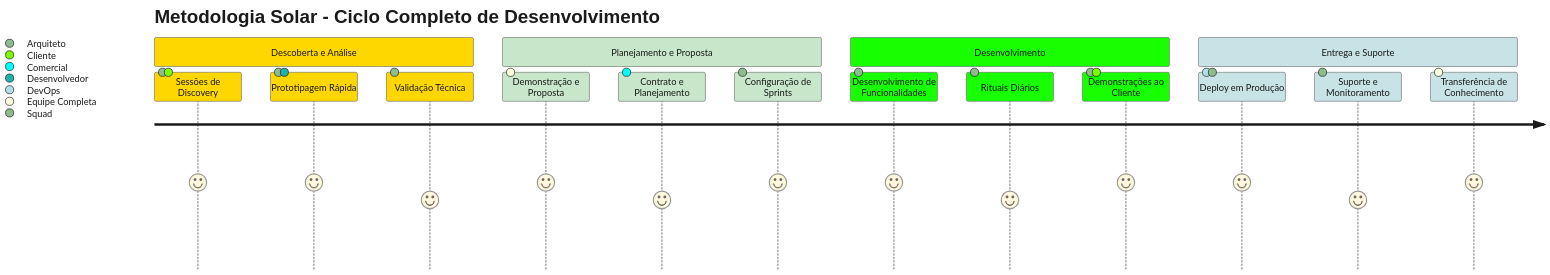
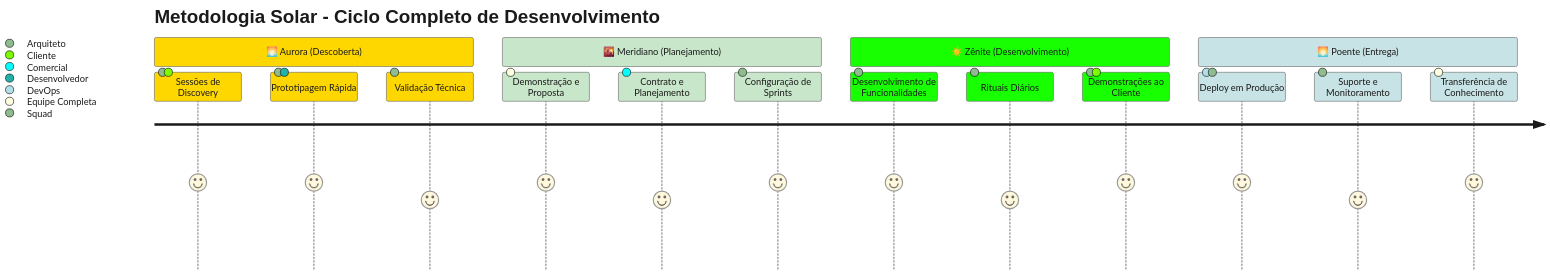
Before and after one commit to solanisdev/solar: the third of 21 diagrams in README.md, drawn with Mermaid. The commit also changed other lines of this file, not shown here.

````diff
--- a/README.md
+++ b/README.md
@@ -70,21 +125,21 @@
 ```mermaid
 %%{init: {'theme':'base', 'themeVariables': {'primaryColor':'#FFD700','primaryTextColor':'#1a1a1a','primaryBorderColor':'#E1BEE7','lineColor':'#4A90E2','secondaryColor':'#C8E6C9','tertiaryColor':'#E3F2FD','background':'#ffffff'}}}%%
 journey
     title Metodologia Solar - Ciclo Completo de Desenvolvimento
-    section Descoberta e Análise
+    section 🌅 Aurora (Descoberta)
       Sessões de Discovery: 5: Arquiteto, Cliente
       Prototipagem Rápida: 5: Arquiteto, Desenvolvedor
       Validação Técnica: 4: Arquiteto
-    section Planejamento e Proposta
+    section 🌇 Meridiano (Planejamento)
       Demonstração e Proposta: 5: Equipe Completa
       Contrato e Planejamento: 4: Comercial
       Configuração de Sprints: 5: Arquiteto
-    section Desenvolvimento
+    section ☀️ Zênite (Desenvolvimento)
       Desenvolvimento de Funcionalidades: 5: Squad
       Rituais Diários: 4: Squad
       Demonstrações ao Cliente: 5: Squad, Cliente
-    section Entrega e Suporte
+    section 🌅 Poente (Entrega)
       Deploy em Produção: 5: DevOps, Squad
       Suporte e Monitoramento: 4: Squad
       Transferência de Conhecimento: 5: Equipe Completa
 ```
````
